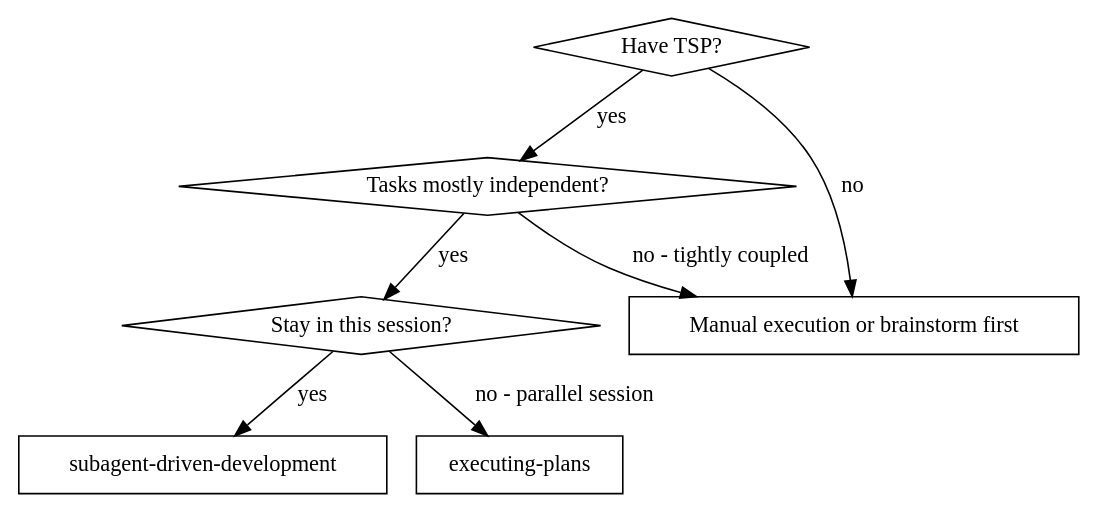
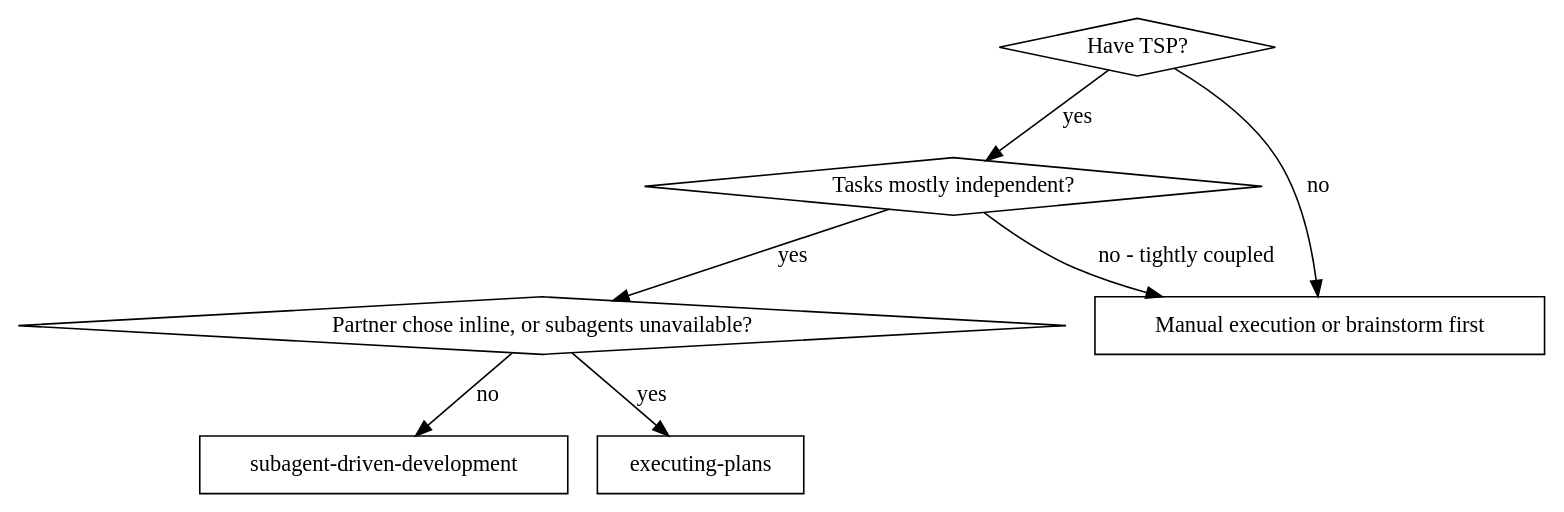
One commit to HundredBillion/dmi_superpowers changed the first of 2 diagrams in skills/subagent-driven-development/examples.md. Above: the diagram before and after it, drawn with Graphviz. The commit also changed other lines of this file and 2 other files, not shown here.

````diff
--- a/skills/subagent-driven-development/examples.md
+++ b/skills/subagent-driven-development/examples.md
@@ -28,17 +28,17 @@
 ```dot
 digraph when_to_use {
     "Have TSP?" [shape=diamond];
     "Tasks mostly independent?" [shape=diamond];
-    "Stay in this session?" [shape=diamond];
+    "Partner chose inline, or subagents unavailable?" [shape=diamond];
     "subagent-driven-development" [shape=box];
     "executing-plans" [shape=box];
     "Manual execution or brainstorm first" [shape=box];
 
     "Have TSP?" -> "Tasks mostly independent?" [label="yes"];
     "Have TSP?" -> "Manual execution or brainstorm first" [label="no"];
-    "Tasks mostly independent?" -> "Stay in this session?" [label="yes"];
+    "Tasks mostly independent?" -> "Partner chose inline, or subagents unavailable?" [label="yes"];
     "Tasks mostly independent?" -> "Manual execution or brainstorm first" [label="no - tightly coupled"];
-    "Stay in this session?" -> "subagent-driven-development" [label="yes"];
-    "Stay in this session?" -> "executing-plans" [label="no - parallel session"];
+    "Partner chose inline, or subagents unavailable?" -> "executing-plans" [label="yes"];
+    "Partner chose inline, or subagents unavailable?" -> "subagent-driven-development" [label="no"];
 }
 ```
````
